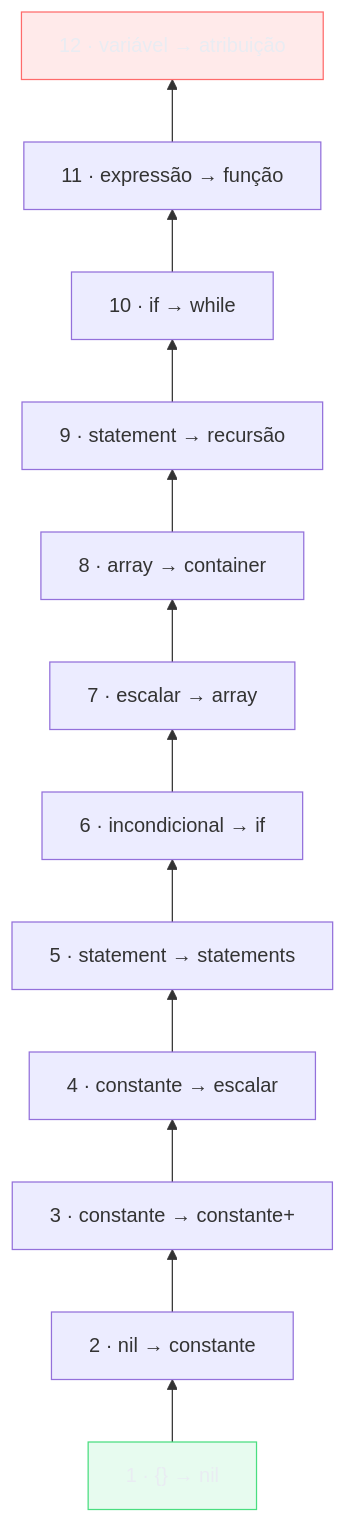
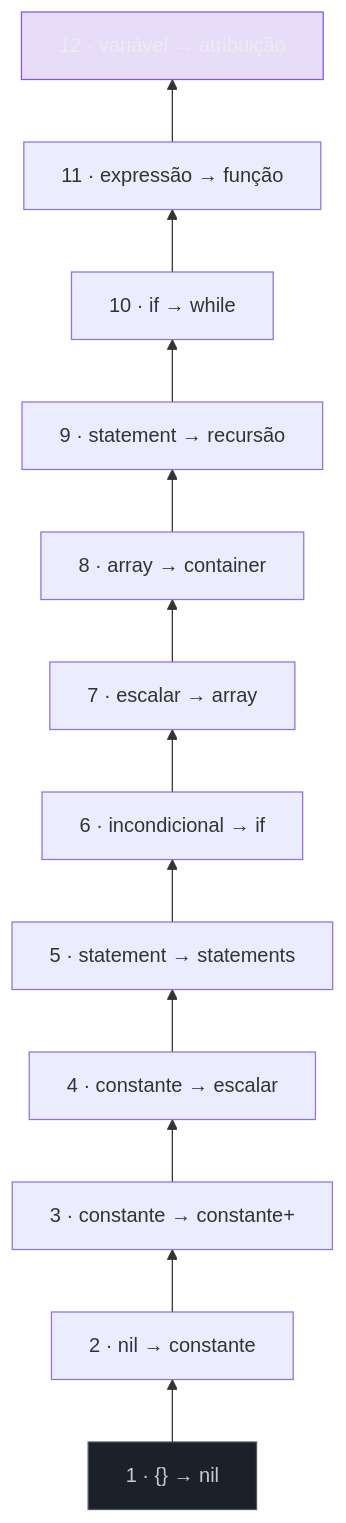
One commit to josenaldo/codex-technomanticus changed the fifth of 6 diagrams in 03-Dominios/Engenharia/Testes/08 - TDD - o ciclo Red-Green-Refactor.md. Above: the diagram before and after it, drawn with Mermaid. The commit also changed 601 other files, not shown here.

````diff
--- a/03-Dominios/Engenharia/Testes/08 - TDD - o ciclo Red-Green-Refactor.md
+++ b/03-Dominios/Engenharia/Testes/08 - TDD - o ciclo Red-Green-Refactor.md
@@ -232,18 +232,18 @@
 ```mermaid
 flowchart BT
-    classDef ok fill:#4ADE8021,stroke:#4ADE80,color:#E9ECF2
-    classDef falha fill:#FF6B6B24,stroke:#FF6B6B,color:#E9ECF2
+    classDef marca fill:#8855DF33,stroke:#8855DF,color:#E9ECF2
+    classDef neutro fill:#1B2029,stroke:#4E5666,color:#C6CCD8
     T1["1 · {} → nil"] --> T2["2 · nil → constante"]
     T2 --> T3["3 · constante → constante+"]
     T3 --> T4["4 · constante → escalar"]
     T4 --> T5["5 · statement → statements"]
     T5 --> T6["6 · incondicional → if"]
     T6 --> T7["7 · escalar → array"]
     T7 --> T8["8 · array → container"]
     T8 --> T9["9 · statement → recursão"]
     T9 --> T10["10 · if → while"]
     T10 --> T11["11 · expressão → função"]
     T11 --> T12["12 · variável → atribuição"]
-    class T1 ok
-    class T12 falha
+    class T1 neutro
+    class T12 marca
 ```
````
